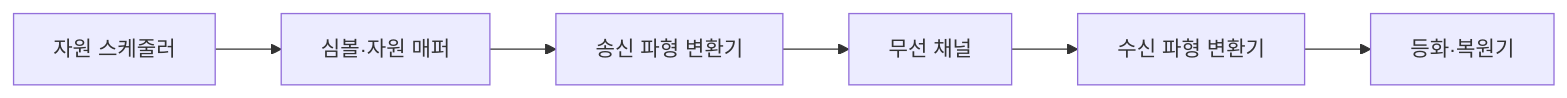
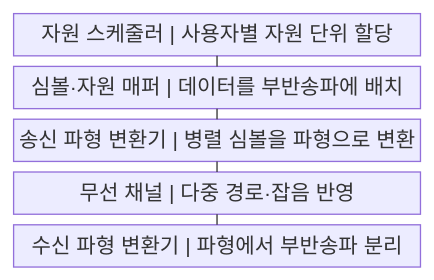
One commit to agnusdei1207/knowledge-base changed the first of 2 diagrams in src/content/docs/notes/04-network/034_ofdm_ofdma.md. Above: the diagram before and after it, drawn with Mermaid. The commit also changed other lines of this file and 20 other files, not shown here.

````diff
--- a/src/content/docs/notes/04-network/034_ofdm_ofdma.md
+++ b/src/content/docs/notes/04-network/034_ofdm_ofdma.md
@@ -49,8 +49,13 @@
 ```mermaid
-flowchart LR
-  S["자원 스케줄러"] --> M["심볼·자원 매퍼"]
-  M --> T["송신 파형 변환기"]
-  T --> C["무선 채널"]
-  C --> R["수신 파형 변환기"]
-  R --> E["등화·복원기"]
+block
+    columns 1
+    A["자원 스케줄러 | 사용자별 자원 단위 할당"]
+    B["심볼·자원 매퍼 | 데이터를 부반송파에 배치"]
+    C["송신 파형 변환기 | 병렬 심볼을 파형으로 변환"]
+    D["무선 채널 | 다중 경로·잡음 반영"]
+    E["수신 파형 변환기 | 파형에서 부반송파 분리"]
+    A --- B
+    B --- C
+    C --- D
+    D --- E
 ```
````
